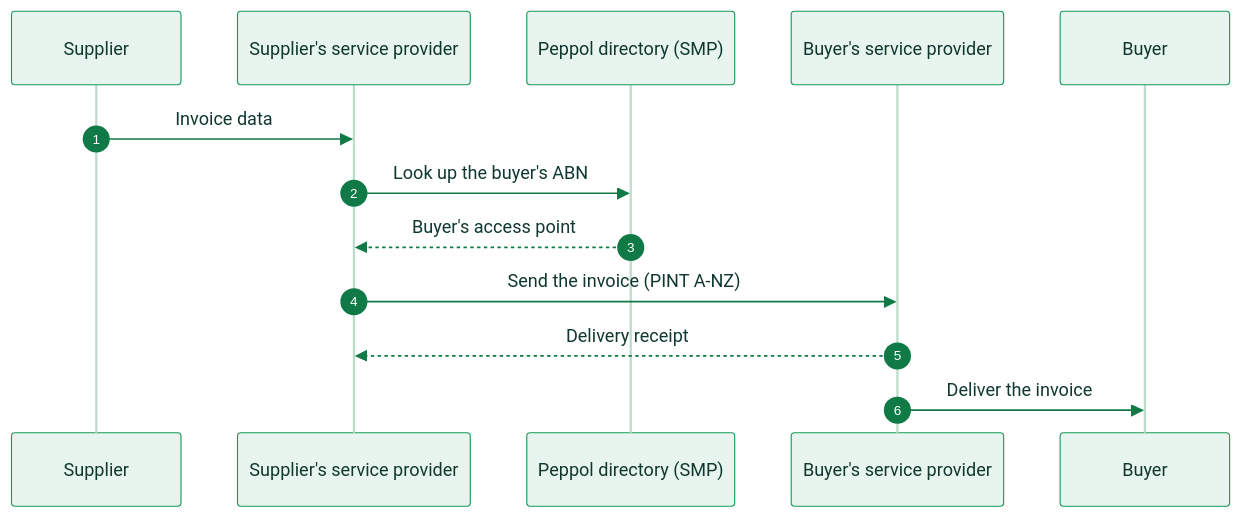
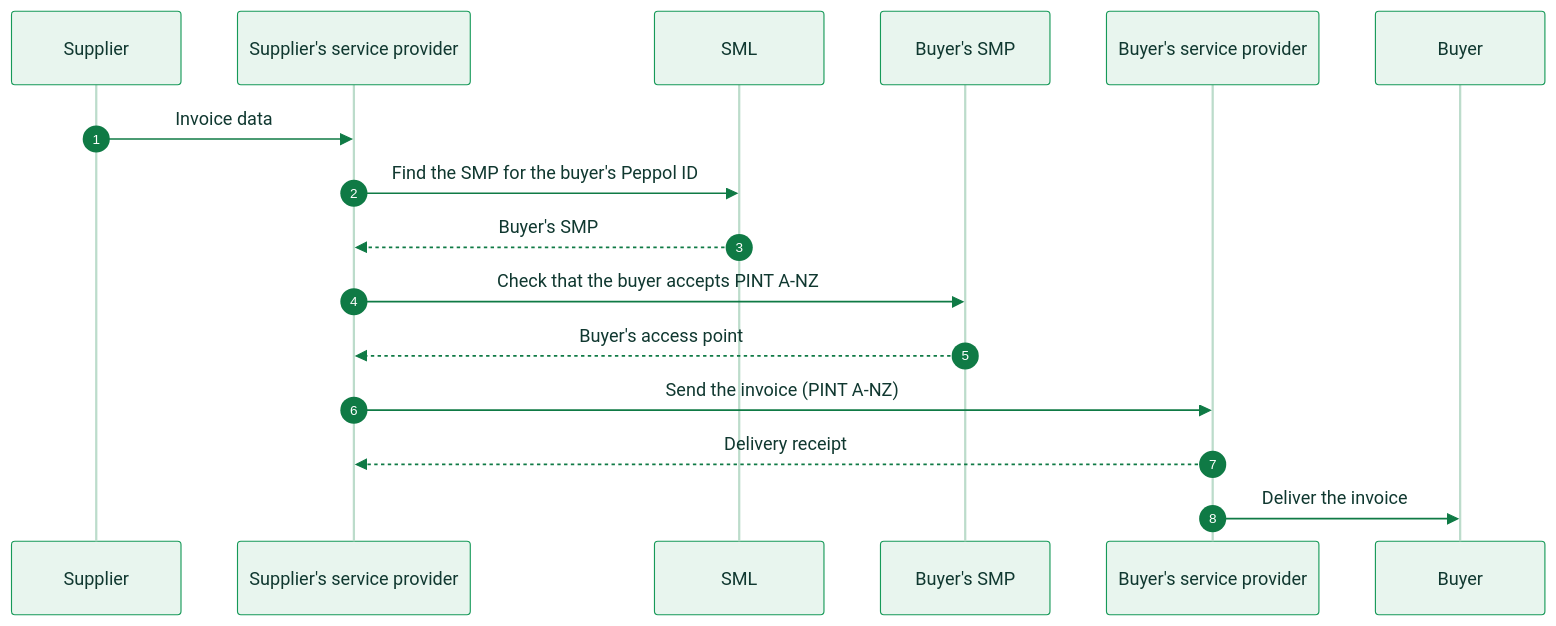
The diagram in compliance/australia.mdx (invopop/docs.invopop.com), drawn with Mermaid before and after one commit. The commit also changed other lines of this file and 1 other file, not shown here.

````diff
--- a/compliance/australia.mdx
+++ b/compliance/australia.mdx
@@ -38,16 +38,19 @@
 ```mermaid actions={false}
 %%{init: {'theme':'base','themeVariables':{'actorBkg':'#e8f5ee','actorBorder':'#169958','actorTextColor':'#103830','actorLineColor':'#bcdccb','signalColor':'#0f7a45','signalTextColor':'#103830','noteBkgColor':'#ffffff','noteBorderColor':'#169958','noteTextColor':'#103830','labelBoxBkgColor':'#169958','labelBoxBorderColor':'#0f7a45','labelTextColor':'#ffffff','sequenceNumberColor':'#ffffff'}}}%%
 sequenceDiagram
     autonumber
     participant IS as Supplier
     participant SP as Supplier's service provider
-    participant SMP as Peppol directory (SMP)
+    participant SML as SML
+    participant SMP as Buyer's SMP
     participant BP as Buyer's service provider
     participant BY as Buyer
     IS->>SP: Invoice data
-    SP->>SMP: Look up the buyer's ABN
+    SP->>SML: Find the SMP for the buyer's Peppol ID
+    SML-->>SP: Buyer's SMP
+    SP->>SMP: Check that the buyer accepts PINT A-NZ
     SMP-->>SP: Buyer's access point
     SP->>BP: Send the invoice (PINT A-NZ)
     BP-->>SP: Delivery receipt
     BP->>BY: Deliver the invoice
 ```
````
